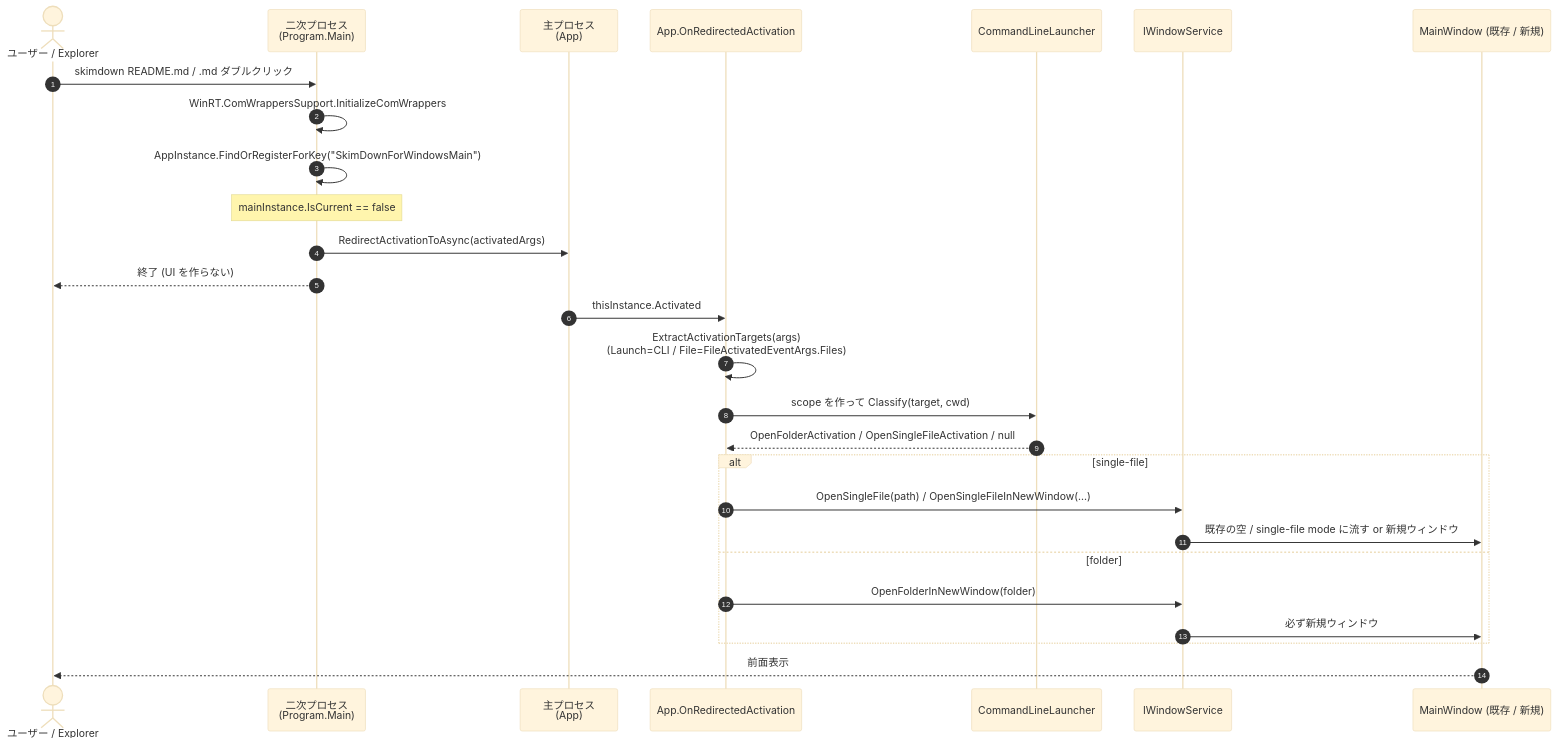
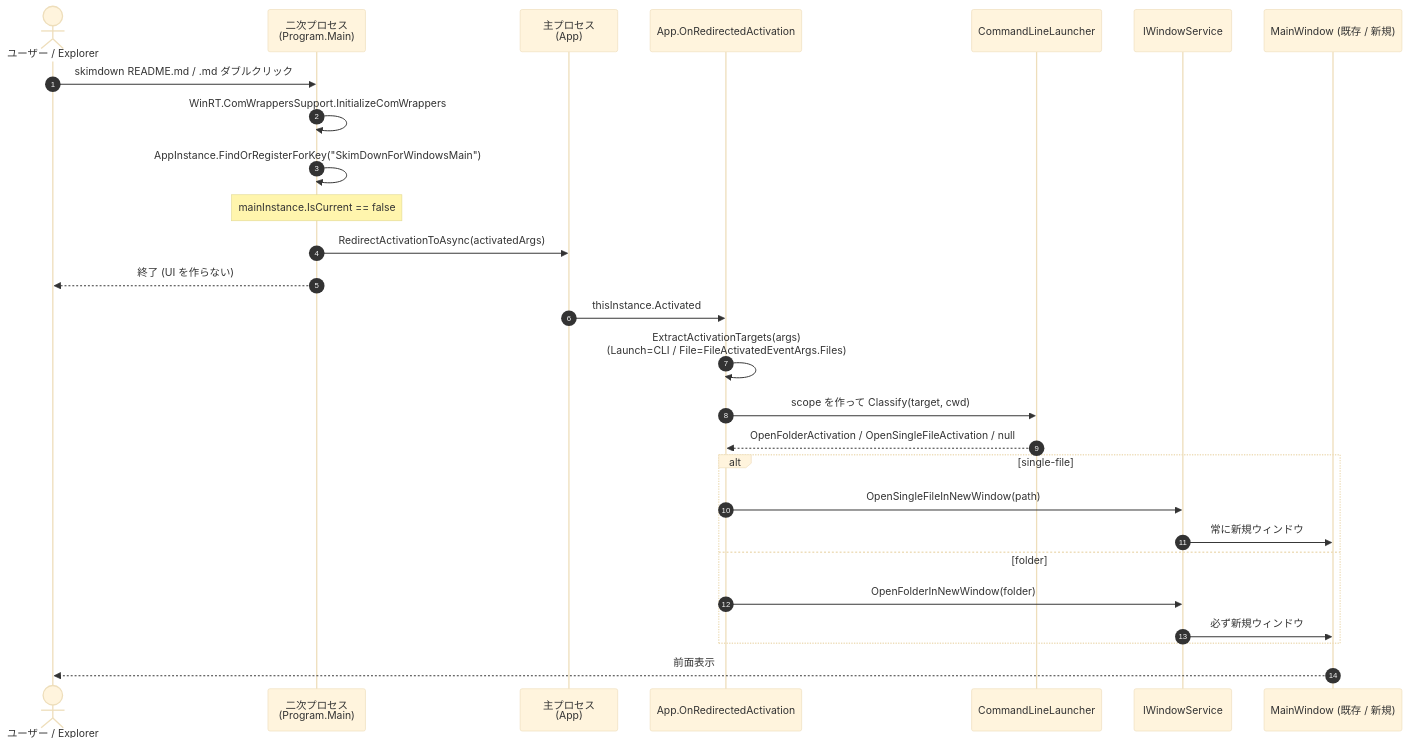
The diagram in docs/activation-and-single-instance.md (runceel/SkimDownForWindows), drawn with Mermaid (base theme) before and after one commit. The commit also changed other lines of this file and 1 other file, not shown here.

First line of the commit message:
Always open redirected files in new windows (#45)

````diff
--- a/docs/activation-and-single-instance.md
+++ b/docs/activation-and-single-instance.md
@@ -9,30 +9,30 @@
 ```mermaid
 sequenceDiagram
     autonumber
     actor U as ユーザー / Explorer
     participant P2 as 二次プロセス<br/>(Program.Main)
     participant P1 as 主プロセス<br/>(App)
     participant App as App.OnRedirectedActivation
     participant CLI as CommandLineLauncher
     participant WS as IWindowService
     participant W as MainWindow (既存 / 新規)
 
     U->>P2: skimdown README.md / .md ダブルクリック
     P2->>P2: WinRT.ComWrappersSupport.InitializeComWrappers
     P2->>P2: AppInstance.FindOrRegisterForKey("SkimDownForWindowsMain")
     Note over P2: mainInstance.IsCurrent == false
     P2->>P1: RedirectActivationToAsync(activatedArgs)
     P2-->>U: 終了 (UI を作らない)
     P1->>App: thisInstance.Activated
     App->>App: ExtractActivationTargets(args)<br/>(Launch=CLI / File=FileActivatedEventArgs.Files)
     App->>CLI: scope を作って Classify(target, cwd)
     CLI-->>App: OpenFolderActivation / OpenSingleFileActivation / null
     alt single-file
-        App->>WS: OpenSingleFile(path) / OpenSingleFileInNewWindow(...)
-        WS->>W: 既存の空 / single-file mode に流す or 新規ウィンドウ
+        App->>WS: OpenSingleFileInNewWindow(path)
+        WS->>W: 常に新規ウィンドウ
     else folder
         App->>WS: OpenFolderInNewWindow(folder)
         WS->>W: 必ず新規ウィンドウ
     end
     W-->>U: 前面表示
 ```
````
